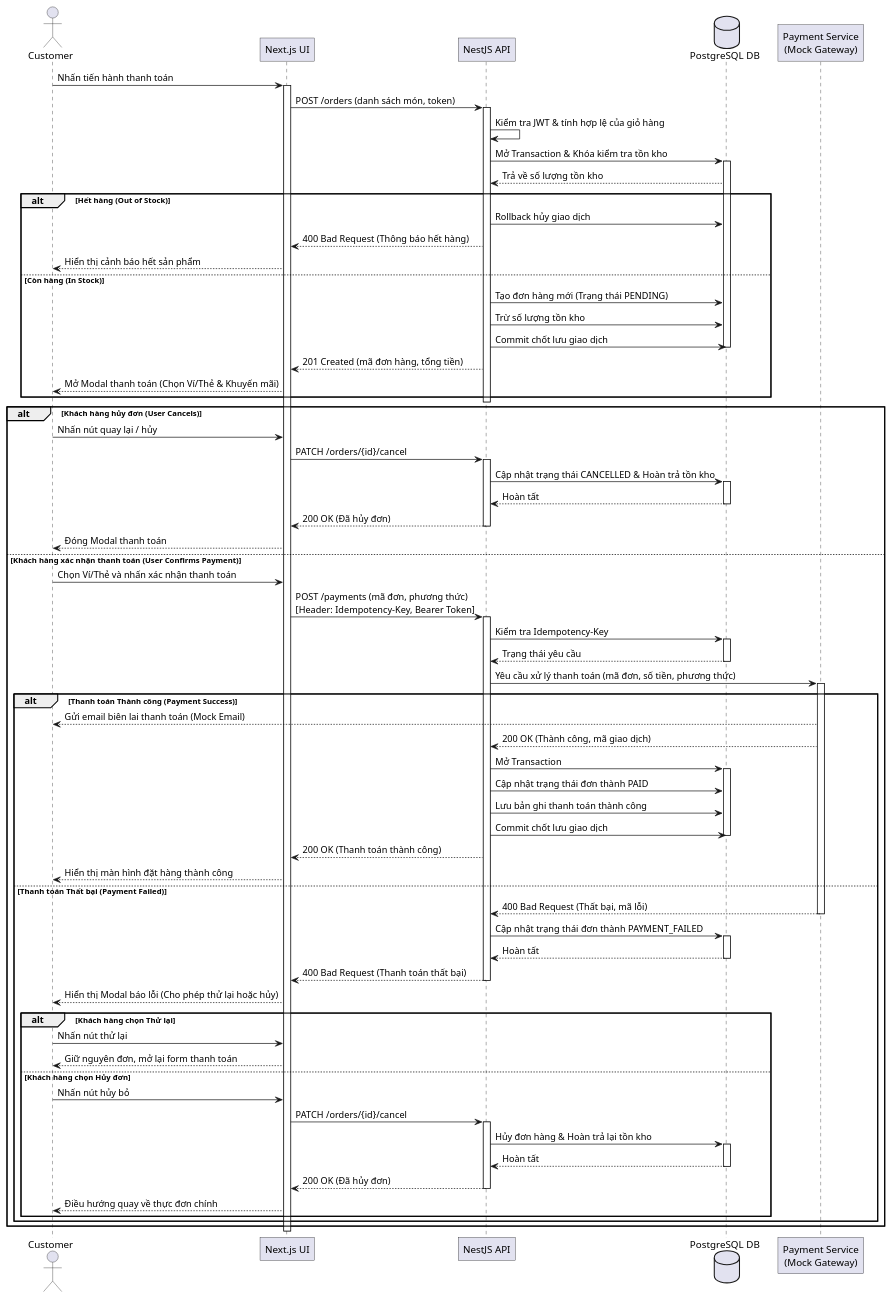
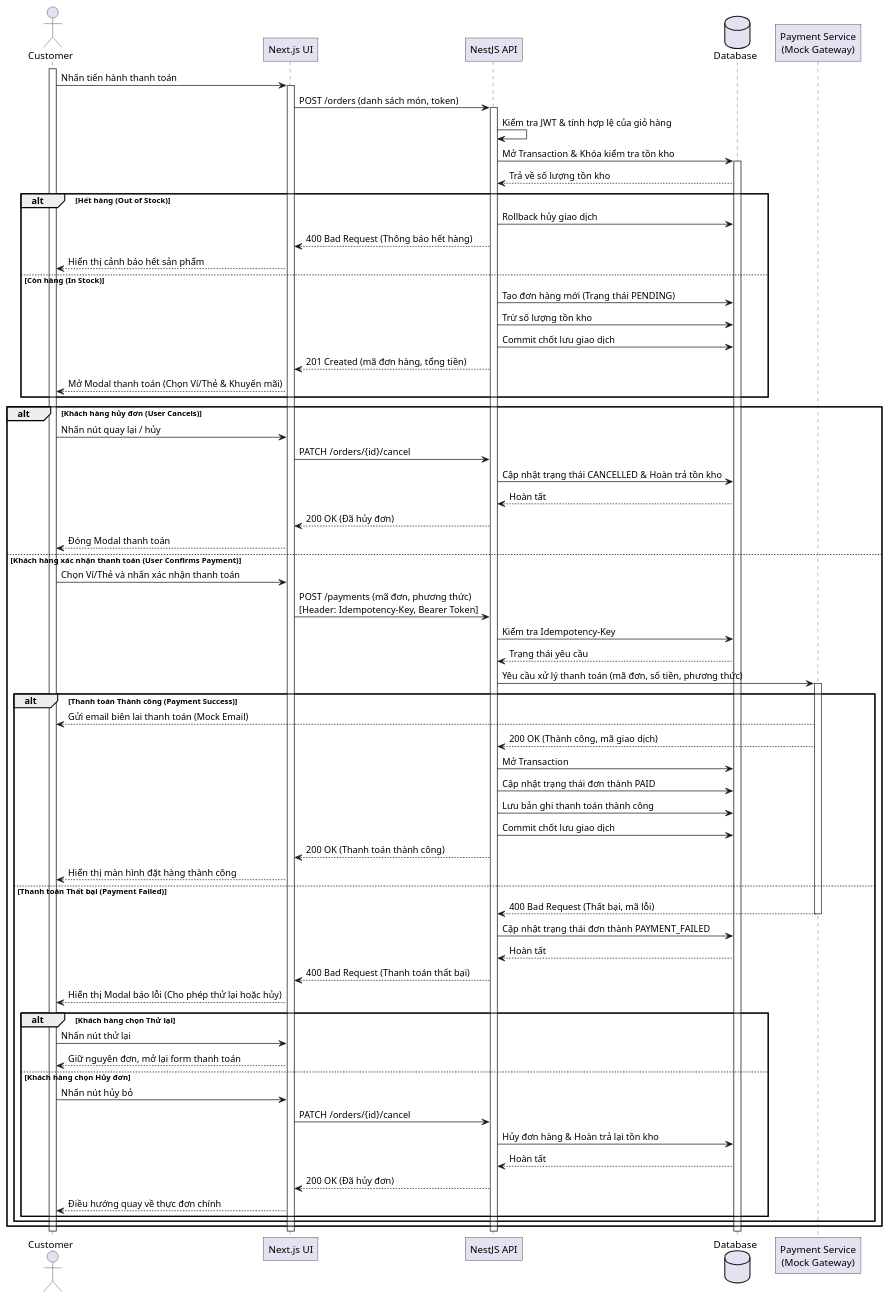
Before and after one commit to Tuan250206/BrewLite_Assignment2: the diagram in docs/diagrams/sequence-checkout.puml, drawn with PlantUML. The commit also changed 1 other file, not shown here.

Commit message:
Sửa lại sequence cột time dài ra

```diff
--- a/docs/diagrams/sequence-checkout.puml
+++ b/docs/diagrams/sequence-checkout.puml
@@ -1,110 +1,99 @@
 @startuml sequence-checkout
 skinparam responseMessageBelowArrow true
 skinparam BoxPadding 10
 skinparam ParticipantPadding 10
 skinparam Shadowing false
 skinparam RoundCorner 0
+skinparam SequenceLifeLineBackgroundColor white
+skinparam SequenceLifeLineBorderColor #444444
 
 actor "Customer" as User
 participant "Next.js UI" as UI
 participant "NestJS API" as API
-database "PostgreSQL DB" as DB
+database "Database" as DB
 participant "Payment Service\n(Mock Gateway)" as Payment
 
+activate User
 User -> UI: Nhấn tiến hành thanh toán
 activate UI
 
 UI -> API: POST /orders (danh sách món, token)
 activate API
 API -> API: Kiểm tra JWT & tính hợp lệ của giỏ hàng
 
 API -> DB: Mở Transaction & Khóa kiểm tra tồn kho
 activate DB
 DB --> API: Trả về số lượng tồn kho
 
 alt Hết hàng (Out of Stock)
     API -> DB: Rollback hủy giao dịch
     API --> UI: 400 Bad Request (Thông báo hết hàng)
     UI --> User: Hiển thị cảnh báo hết sản phẩm
 else Còn hàng (In Stock)
     API -> DB: Tạo đơn hàng mới (Trạng thái PENDING)
     API -> DB: Trừ số lượng tồn kho
     API -> DB: Commit chốt lưu giao dịch
-    deactivate DB
     API --> UI: 201 Created (mã đơn hàng, tổng tiền)
     UI --> User: Mở Modal thanh toán (Chọn Ví/Thẻ & Khuyến mãi)
 end
-deactivate API
 
 alt Khách hàng hủy đơn (User Cancels)
     User -> UI: Nhấn nút quay lại / hủy
     UI -> API: PATCH /orders/{id}/cancel
-    activate API
     API -> DB: Cập nhật trạng thái CANCELLED & Hoàn trả tồn kho
-    activate DB
     DB --> API: Hoàn tất
-    deactivate DB
     API --> UI: 200 OK (Đã hủy đơn)
-    deactivate API
     UI --> User: Đóng Modal thanh toán
 
 else Khách hàng xác nhận thanh toán (User Confirms Payment)
     User -> UI: Chọn Ví/Thẻ và nhấn xác nhận thanh toán
     UI -> API: POST /payments (mã đơn, phương thức)\n[Header: Idempotency-Key, Bearer Token]
-    activate API
 
     API -> DB: Kiểm tra Idempotency-Key
-    activate DB
     DB --> API: Trạng thái yêu cầu
-    deactivate DB
 
     API -> Payment: Yêu cầu xử lý thanh toán (mã đơn, số tiền, phương thức)
     activate Payment
 
     alt Thanh toán Thành công (Payment Success)
         Payment --> User: Gửi email biên lai thanh toán (Mock Email)
         Payment --> API: 200 OK (Thành công, mã giao dịch)
-        
+
         API -> DB: Mở Transaction
-        activate DB
         API -> DB: Cập nhật trạng thái đơn thành PAID
         API -> DB: Lưu bản ghi thanh toán thành công
         API -> DB: Commit chốt lưu giao dịch
-        deactivate DB
-        
+
         API --> UI: 200 OK (Thanh toán thành công)
         UI --> User: Hiển thị màn hình đặt hàng thành công
 
     else Thanh toán Thất bại (Payment Failed)
         Payment --> API: 400 Bad Request (Thất bại, mã lỗi)
         deactivate Payment
 
         API -> DB: Cập nhật trạng thái đơn thành PAYMENT_FAILED
-        activate DB
         DB --> API: Hoàn tất
-        deactivate DB
 
         API --> UI: 400 Bad Request (Thanh toán thất bại)
-        deactivate API
         UI --> User: Hiển thị Modal báo lỗi (Cho phép thử lại hoặc hủy)
 
         alt Khách hàng chọn Thử lại
             User -> UI: Nhấn nút thử lại
             UI --> User: Giữ nguyên đơn, mở lại form thanh toán
         else Khách hàng chọn Hủy đơn
             User -> UI: Nhấn nút hủy bỏ
             UI -> API: PATCH /orders/{id}/cancel
-            activate API
             API -> DB: Hủy đơn hàng & Hoàn trả lại tồn kho
-            activate DB
             DB --> API: Hoàn tất
-            deactivate DB
             API --> UI: 200 OK (Đã hủy đơn)
-            deactivate API
             UI --> User: Điều hướng quay về thực đơn chính
         end
     end
 end
+
+deactivate DB
+deactivate API
 deactivate UI
+deactivate User
 
 @enduml
```
